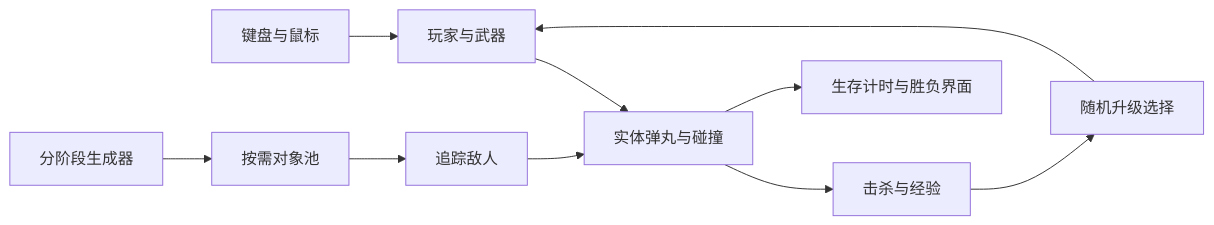
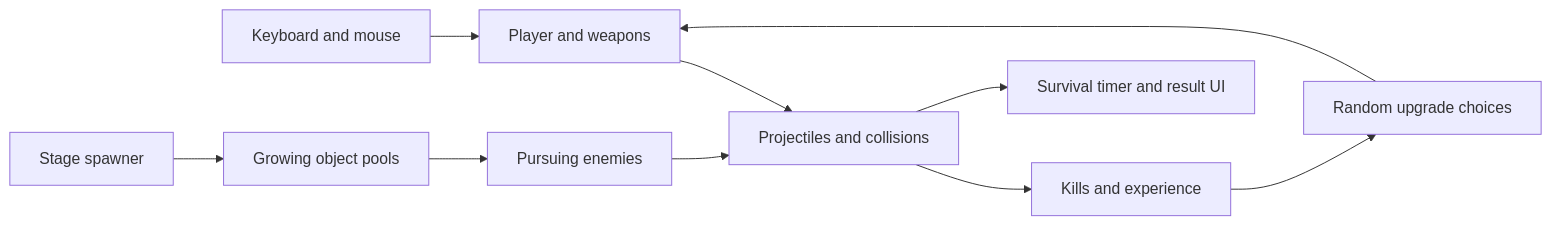
The diagram in README.md (DongFengPo1412/Vampire-Survivors-like-roguelite-casual-game), drawn with Mermaid before and after one commit. The commit also changed other lines of this file and 3 other files, not shown here.

````diff
--- a/README.md
+++ b/README.md
@@ -13,12 +13,12 @@
 ```mermaid
 flowchart LR
-    Input[键盘与鼠标] --> Player[玩家与武器]
-    Waves[分阶段生成器] --> Pool[按需对象池]
-    Pool --> Enemies[追踪敌人]
-    Player --> Combat[实体弹丸与碰撞]
+    Input[Keyboard and mouse] --> Player[Player and weapons]
+    Waves[Stage spawner] --> Pool[Growing object pools]
+    Pool --> Enemies[Pursuing enemies]
+    Player --> Combat[Projectiles and collisions]
     Enemies --> Combat
-    Combat --> Exp[击杀与经验]
-    Exp --> Upgrade[随机升级选择]
+    Combat --> Exp[Kills and experience]
+    Exp --> Upgrade[Random upgrade choices]
     Upgrade --> Player
-    Combat --> Result[生存计时与胜负界面]
+    Combat --> Result[Survival timer and result UI]
 ```
````
